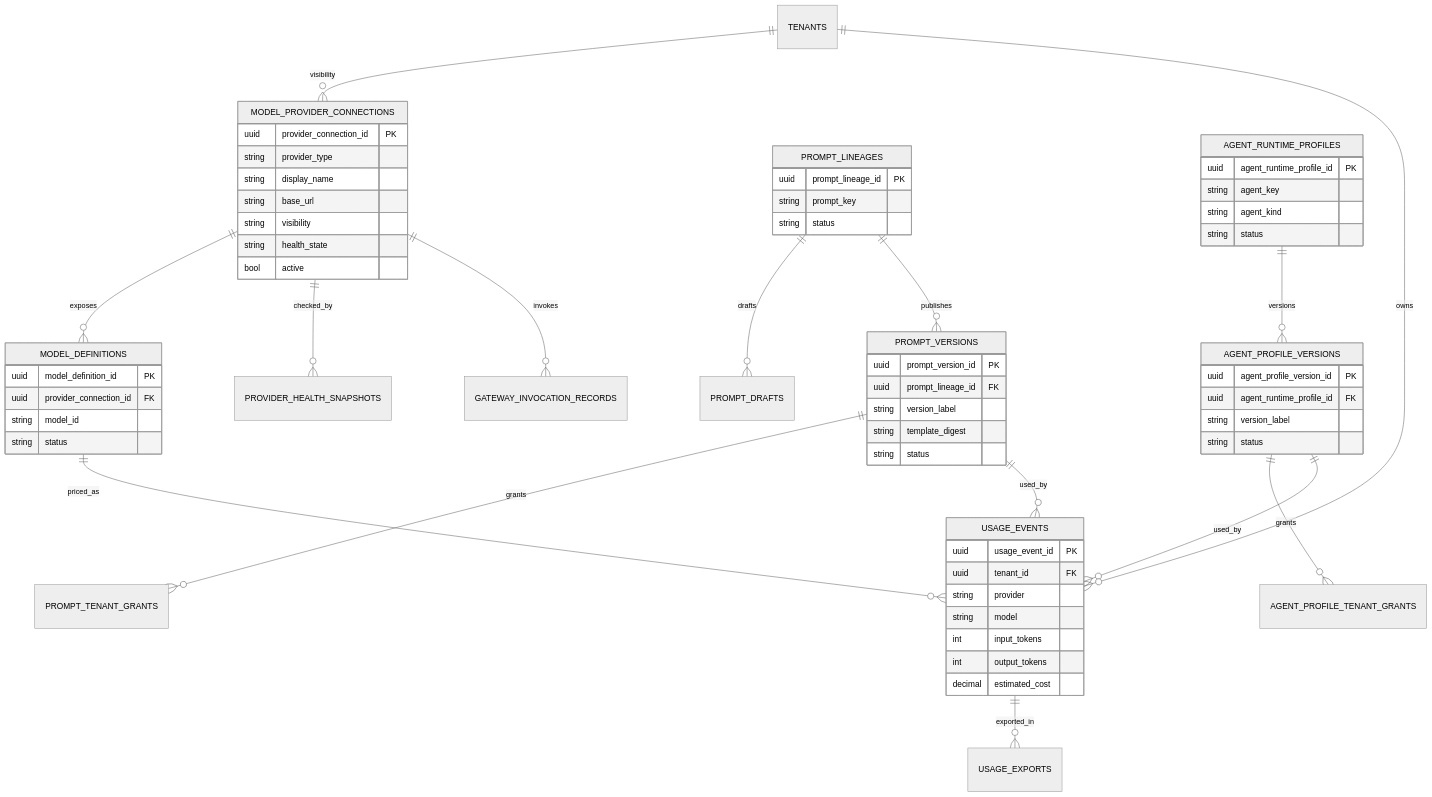
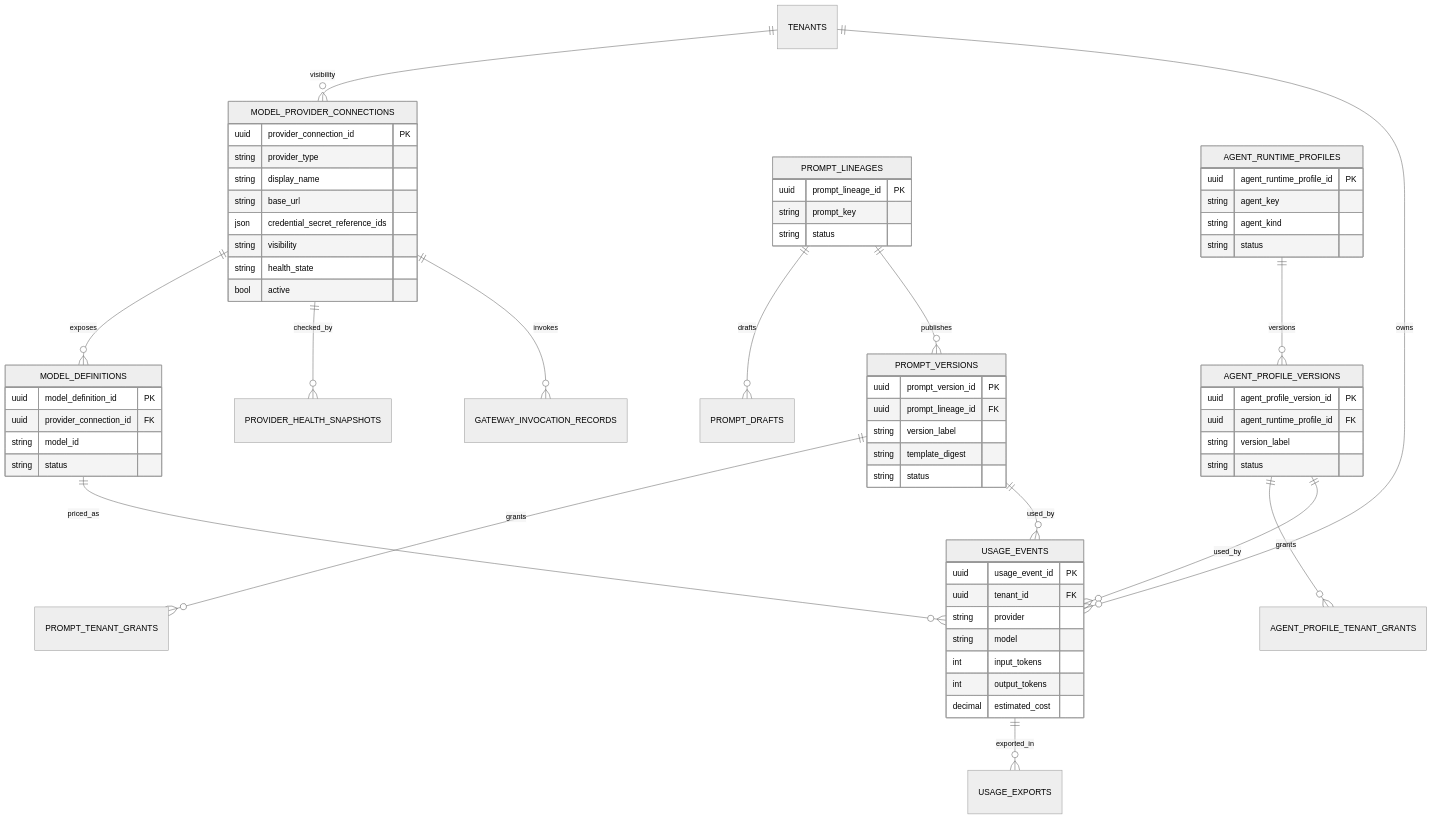
The seventh of 9 diagrams in user_guide.md (scott5252/multi-agent), drawn with Mermaid (neutral theme) before and after one commit. The commit also changed other lines of this file and 6 other files, not shown here.

````diff
--- a/user_guide.md
+++ b/user_guide.md
@@ -2022,66 +2304,67 @@
 ```mermaid
 erDiagram
     TENANTS ||--o{ MODEL_PROVIDER_CONNECTIONS : visibility
     MODEL_PROVIDER_CONNECTIONS ||--o{ MODEL_DEFINITIONS : exposes
     MODEL_PROVIDER_CONNECTIONS ||--o{ PROVIDER_HEALTH_SNAPSHOTS : checked_by
     MODEL_PROVIDER_CONNECTIONS ||--o{ GATEWAY_INVOCATION_RECORDS : invokes
     PROMPT_LINEAGES ||--o{ PROMPT_DRAFTS : drafts
     PROMPT_LINEAGES ||--o{ PROMPT_VERSIONS : publishes
     PROMPT_VERSIONS ||--o{ PROMPT_TENANT_GRANTS : grants
     AGENT_RUNTIME_PROFILES ||--o{ AGENT_PROFILE_VERSIONS : versions
     AGENT_PROFILE_VERSIONS ||--o{ AGENT_PROFILE_TENANT_GRANTS : grants
     MODEL_DEFINITIONS ||--o{ USAGE_EVENTS : priced_as
     PROMPT_VERSIONS ||--o{ USAGE_EVENTS : used_by
     AGENT_PROFILE_VERSIONS ||--o{ USAGE_EVENTS : used_by
     TENANTS ||--o{ USAGE_EVENTS : owns
     USAGE_EVENTS ||--o{ USAGE_EXPORTS : exported_in
 
     MODEL_PROVIDER_CONNECTIONS {
         uuid provider_connection_id PK
         string provider_type
         string display_name
         string base_url
+        json credential_secret_reference_ids
         string visibility
         string health_state
         bool active
     }
     MODEL_DEFINITIONS {
         uuid model_definition_id PK
         uuid provider_connection_id FK
         string model_id
         string status
     }
     PROMPT_LINEAGES {
         uuid prompt_lineage_id PK
         string prompt_key
         string status
     }
     PROMPT_VERSIONS {
         uuid prompt_version_id PK
         uuid prompt_lineage_id FK
         string version_label
         string template_digest
         string status
     }
     AGENT_RUNTIME_PROFILES {
         uuid agent_runtime_profile_id PK
         string agent_key
         string agent_kind
         string status
     }
     AGENT_PROFILE_VERSIONS {
         uuid agent_profile_version_id PK
         uuid agent_runtime_profile_id FK
         string version_label
         string status
     }
     USAGE_EVENTS {
         uuid usage_event_id PK
         uuid tenant_id FK
         string provider
         string model
         int input_tokens
         int output_tokens
         decimal estimated_cost
     }
 ```
````
